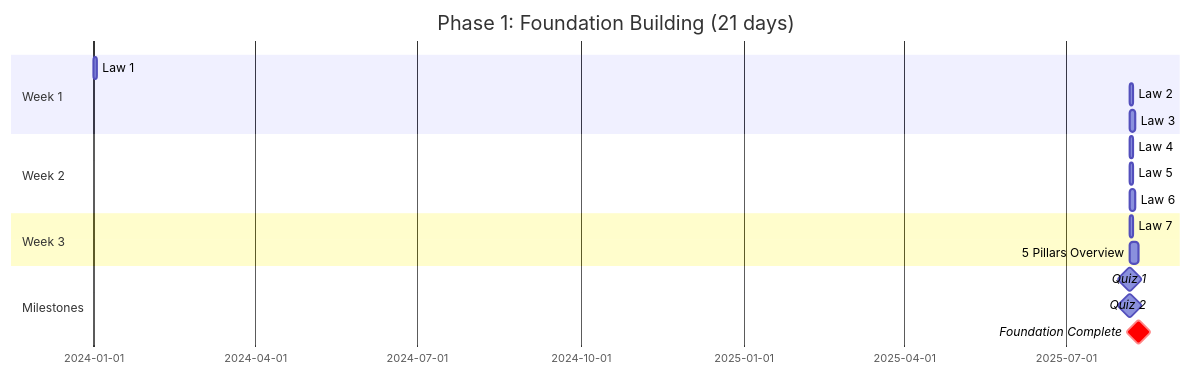
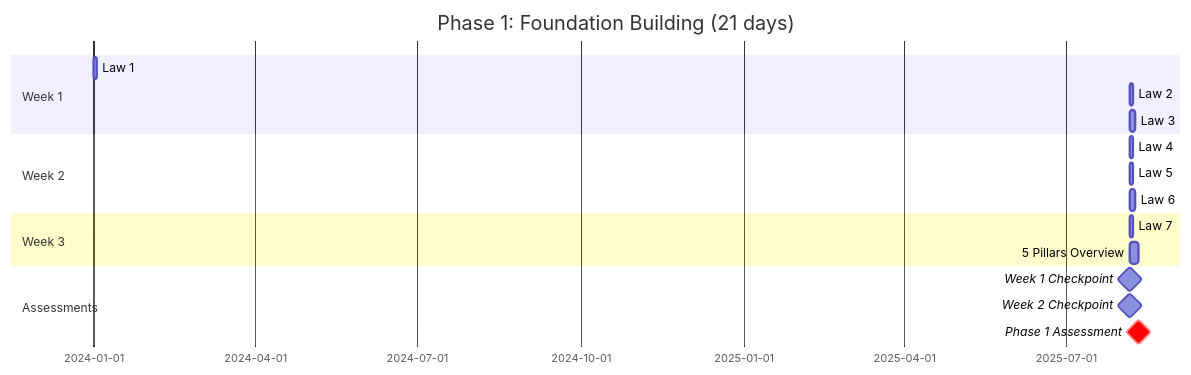
The second of 2 diagrams in docs/architects-handbook/learning-paths/new-graduate.md (deepaucksharma/DStudio), drawn with Mermaid before and after one commit. The commit also changed other lines of this file and 258 other files, not shown here.

````diff
--- a/docs/architects-handbook/learning-paths/new-graduate.md
+++ b/docs/architects-handbook/learning-paths/new-graduate.md
@@ -142,24 +142,24 @@
 ```mermaid
 gantt
     title Phase 1: Foundation Building (21 days)
     dateFormat YYYY-MM-DD
     
     section Week 1
     Law 1: Failure          :a1, 2024-01-01, 2d
     Law 2: Async           :a2, after a1, 2d
     Law 3: Emergence       :a3, after a2, 3d
     
     section Week 2  
     Law 4: Trade-offs      :b1, after a3, 2d
     Law 5: Knowledge       :b2, after b1, 2d
     Law 6: Cognitive       :b3, after b2, 3d
     
     section Week 3
     Law 7: Economics       :c1, after b3, 2d
     5 Pillars Overview     :c2, after c1, 5d
     
-    section Milestones
-    Quiz 1                 :milestone, after a3, 0d
-    Quiz 2                 :milestone, after b3, 0d
-    Foundation Complete    :crit, milestone, after c2, 0d
+    section Assessments
+    Week 1 Checkpoint      :milestone, after a3, 0d
+    Week 2 Checkpoint      :milestone, after b3, 0d
+    Phase 1 Assessment     :crit, milestone, after c2, 0d
 ```
````
